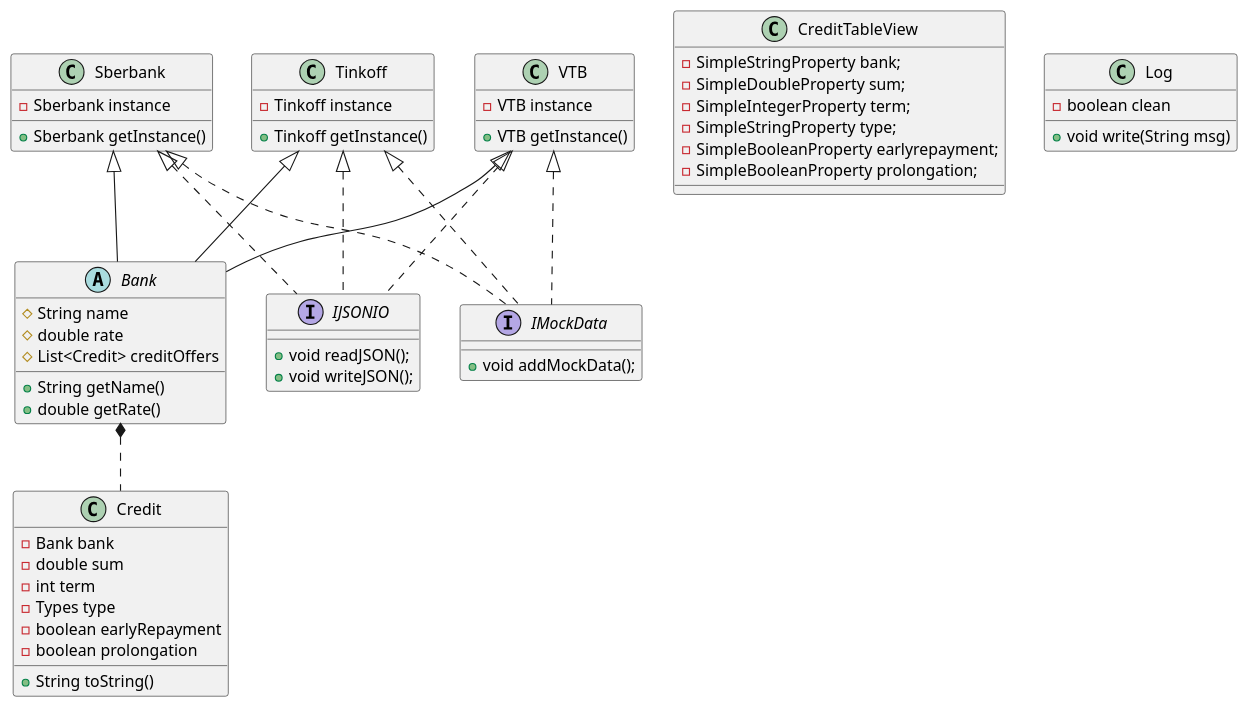
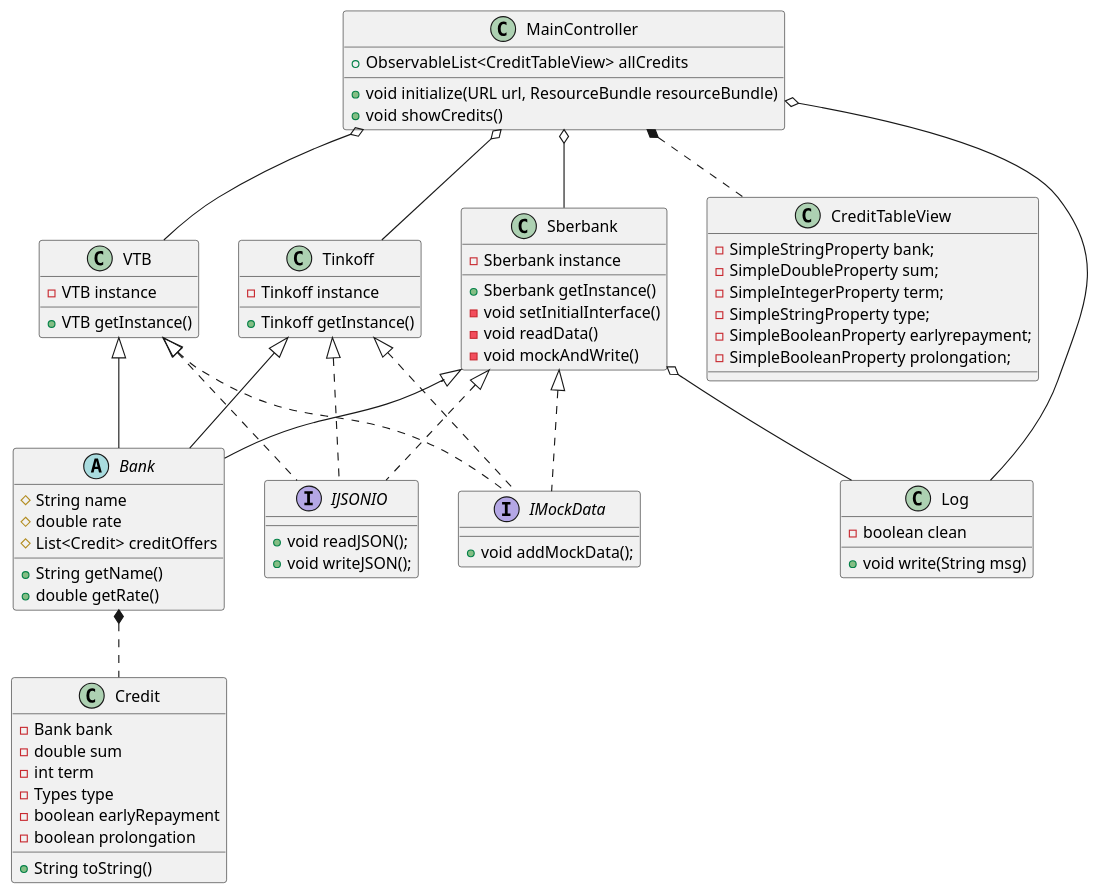
One commit to Dar1usDev/JavaRGR1_JavaFX changed the diagram in UML/Uml.puml. Above: the diagram before and after it, drawn with PlantUML. The commit also changed 2 other files, not shown here.

```diff
--- a/UML/Uml.puml
+++ b/UML/Uml.puml
@@ -1,74 +1,91 @@
 @startuml
 'https://plantuml.com/class-diagram
 
 abstract class Bank{
  #String name
  #double rate
  #List<Credit> creditOffers
  +String getName()
  +double getRate()
 }
 
+class MainController{
++ObservableList<CreditTableView> allCredits
++void initialize(URL url, ResourceBundle resourceBundle)
++void showCredits()
+}
+
 class Sberbank{
 -Sberbank instance
 +Sberbank getInstance()
+-void setInitialInterface()
+-void readData()
+-void mockAndWrite()
 }
 
 class Tinkoff{
 -Tinkoff instance
 +Tinkoff getInstance()
 }
 
 class VTB{
 -VTB instance
 +VTB getInstance()
 }
 
 class Credit{
 -Bank bank
 -double sum
 -int term
 -Types type
 -boolean earlyRepayment
 -boolean prolongation
 +String toString()
 }
 
 class CreditTableView{
 - SimpleStringProperty bank;
 - SimpleDoubleProperty sum;
 - SimpleIntegerProperty term;
 - SimpleStringProperty type;
 - SimpleBooleanProperty earlyrepayment;
 - SimpleBooleanProperty prolongation;
 }
 
 interface IJSONIO{
 +void readJSON();
 +void writeJSON();
 }
 
 interface IMockData{
 +void addMockData();
 }
 
 class Log{
 -boolean clean
 +void write(String msg)
 }
 
 Sberbank <|-- Bank
 Tinkoff <|-- Bank
 VTB <|-- Bank
 
 Sberbank <|.. IJSONIO
 VTB <|.. IJSONIO
 Tinkoff <|.. IJSONIO
 
 Sberbank <|.. IMockData
 VTB <|.. IMockData
 Tinkoff <|.. IMockData
 
 Bank *.. Credit
 
+MainController o-- Sberbank
+MainController o-- Tinkoff
+MainController o-- VTB
+
+MainController *.. CreditTableView
+
+MainController o-- Log
+Sberbank o-- Log
 @enduml
```
